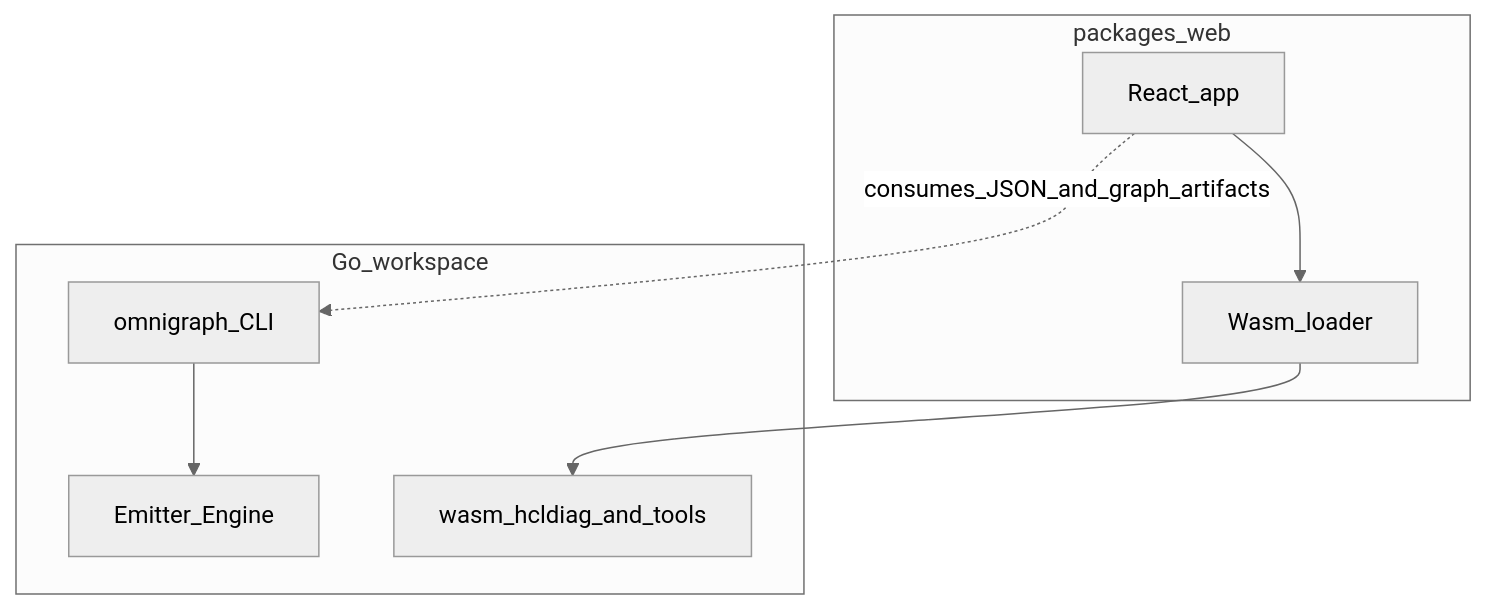
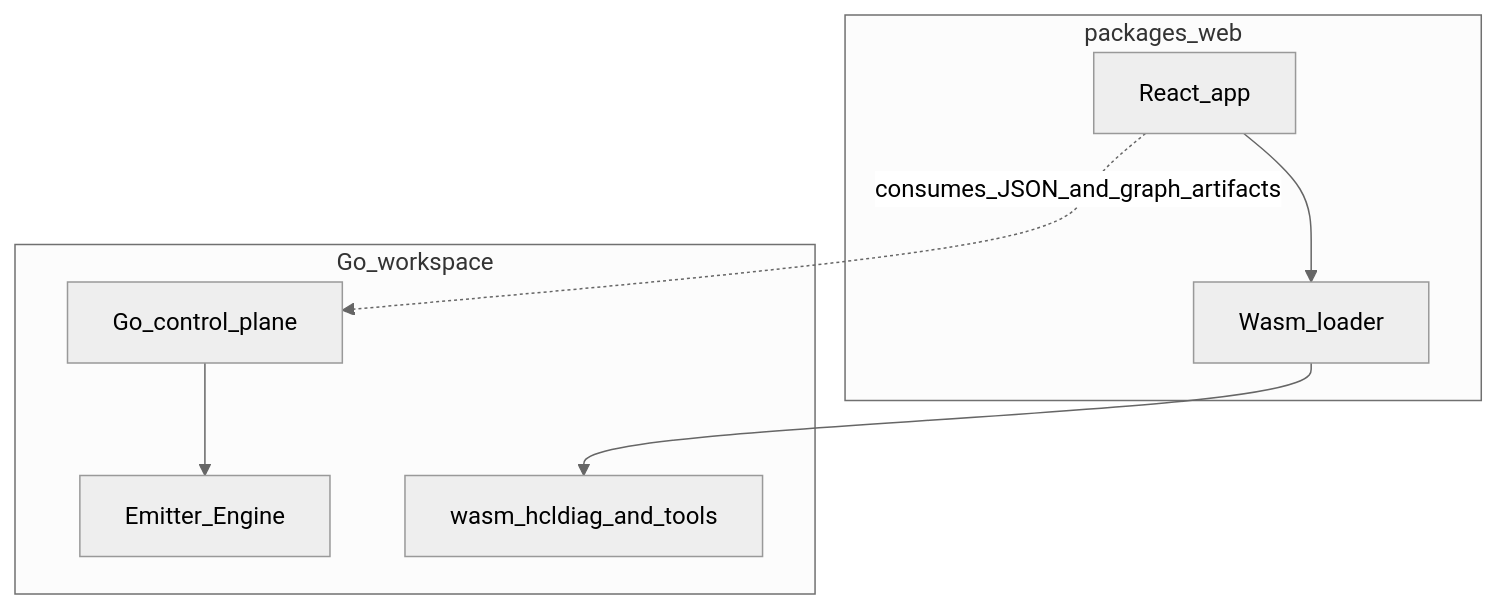
The first of 2 diagrams in docs/development/platform-architecture.md (kennetholsenatm-gif/OmniGraph), drawn with Mermaid (neutral theme) before and after one commit. The commit also changed other lines of this file and 86 other files, not shown here.

First line of the commit message:
feat: human-centric narrative and workspace-server-only control plane

````diff
--- a/docs/development/platform-architecture.md
+++ b/docs/development/platform-architecture.md
@@ -31,16 +31,16 @@
 ```mermaid
 flowchart TB
   subgraph frontend [packages_web]
     UI[React_app]
     WasmHost[Wasm_loader]
   end
   subgraph goWork [Go_workspace]
-    CLI[omnigraph_CLI]
+    CP[Go_control_plane]
     Emitter[Emitter_Engine]
     WasmMod[wasm_hcldiag_and_tools]
   end
   UI --> WasmHost
   WasmHost --> WasmMod
-  UI -. consumes_JSON_and_graph_artifacts .-> CLI
-  CLI --> Emitter
+  UI -. consumes_JSON_and_graph_artifacts .-> CP
+  CP --> Emitter
 ```
````
